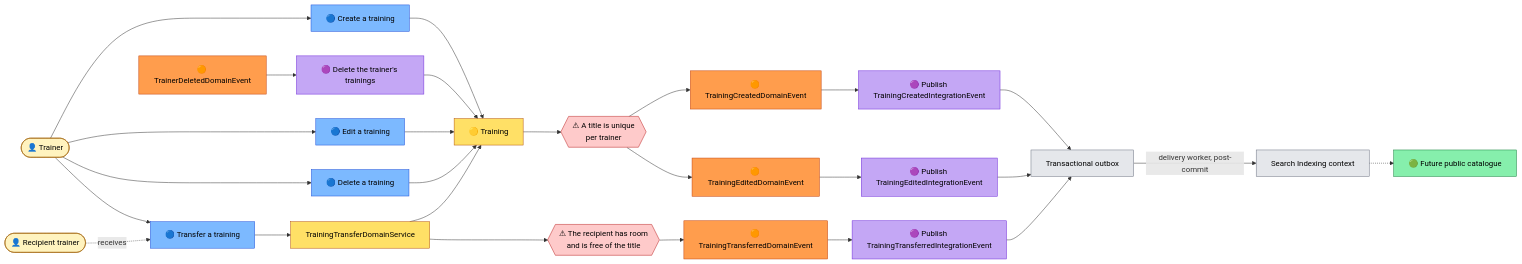
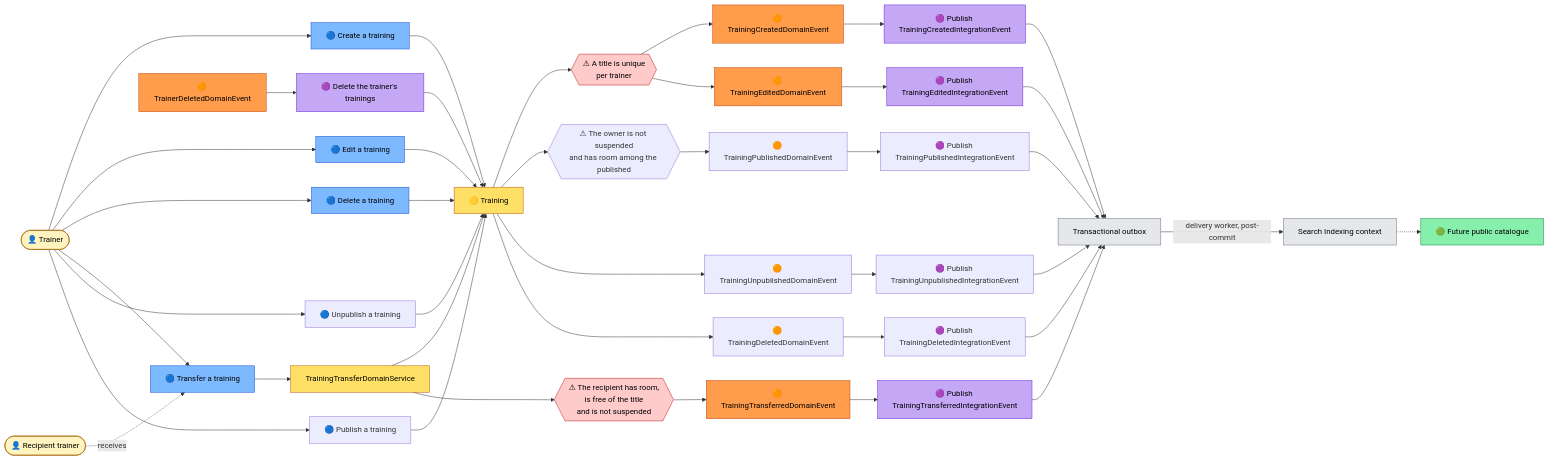
One commit to maxime-poulain/BLRefactoring changed the second of 2 diagrams in docs/strategic-design/event-storming.md. Above: the diagram before and after it, drawn with Mermaid. The commit also changed other lines of this file and 81 other files, not shown here.

````diff
--- a/docs/strategic-design/event-storming.md
+++ b/docs/strategic-design/event-storming.md
@@ -106,51 +106,65 @@
 ```mermaid
 flowchart LR
     A(["👤 Trainer"]) --> C1["🔵 Create a training"]
     A --> C2["🔵 Edit a training"]
     A --> C3["🔵 Delete a training"]
     A --> C4["🔵 Transfer a training"]
+    A --> C5["🔵 Unpublish a training"]
+    A --> C6["🔵 Publish a training"]
     B(["👤 Recipient trainer"]) -.->|"receives"| C4
 
     C1 --> AG["🟡 Training"]
     C2 --> AG
     C3 --> AG
+    C5 --> AG
+    C6 --> AG
     C4 --> DS["TrainingTransferDomainService"]
     DS --> AG
 
     AG --> INV{{"⚠ A title is unique<br/>per trainer"}}
-    DS --> INV2{{"⚠ The recipient has room<br/>and is free of the title"}}
+    DS --> INV2{{"⚠ The recipient has room,<br/>is free of the title<br/>and is not suspended"}}
+    AG --> INV3{{"⚠ The owner is not suspended<br/>and has room among the published"}}
     INV --> E1["🟠 TrainingCreatedDomainEvent"]
     INV --> E2["🟠 TrainingEditedDomainEvent"]
     INV2 --> E4["🟠 TrainingTransferredDomainEvent"]
+    INV3 --> E5["🟠 TrainingPublishedDomainEvent"]
+    AG --> E6["🟠 TrainingUnpublishedDomainEvent"]
+    AG --> E7["🟠 TrainingDeletedDomainEvent"]
 
     E1 --> P1["🟣 Publish TrainingCreatedIntegrationEvent"]
     E2 --> P2["🟣 Publish TrainingEditedIntegrationEvent"]
     E4 --> P4["🟣 Publish TrainingTransferredIntegrationEvent"]
+    E5 --> P5["🟣 Publish TrainingPublishedIntegrationEvent"]
+    E6 --> P6["🟣 Publish TrainingUnpublishedIntegrationEvent"]
+    E7 --> P7["🟣 Publish TrainingDeletedIntegrationEvent"]
     P1 --> OB["Transactional outbox"]
     P2 --> OB
     P4 --> OB
+    P5 --> OB
+    P6 --> OB
+    P7 --> OB
     OB -->|"delivery worker, post-commit"| SI["Search Indexing context"]
 
     SI -.-> RM["🟢 Future public catalogue"]
 
     TD["🟠 TrainerDeletedDomainEvent"] --> P3["🟣 Delete the trainer's trainings"]
     P3 --> AG
 
     classDef event fill:#ff9d4d,stroke:#c2410c,color:#000
     classDef command fill:#7cb9ff,stroke:#1d4ed8,color:#000
     classDef aggregate fill:#ffe066,stroke:#b45309,color:#000
     classDef policy fill:#c4a7f5,stroke:#6d28d9,color:#000
     classDef actor fill:#fff3bf,stroke:#a16207,color:#000
     classDef readmodel fill:#86efac,stroke:#15803d,color:#000
     classDef external fill:#e5e7eb,stroke:#6b7280,color:#000
     classDef invariant fill:#fecaca,stroke:#b91c1c,color:#000
 
     class E1,E2,E4,TD event
     class C1,C2,C3,C4 command
     class AG,DS aggregate
     class P1,P2,P3,P4 policy
     class A,B actor
     class RM readmodel
     class SI,OB external
     class INV,INV2 invariant
 ```
````
